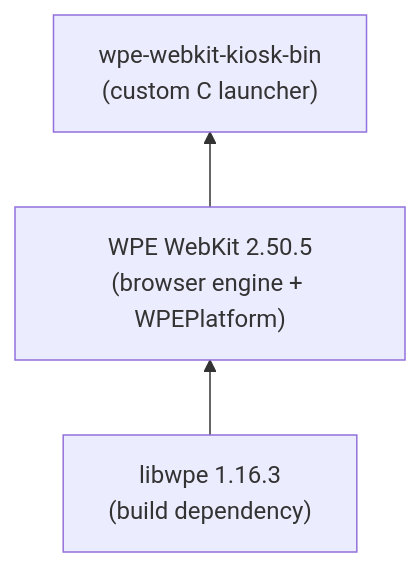
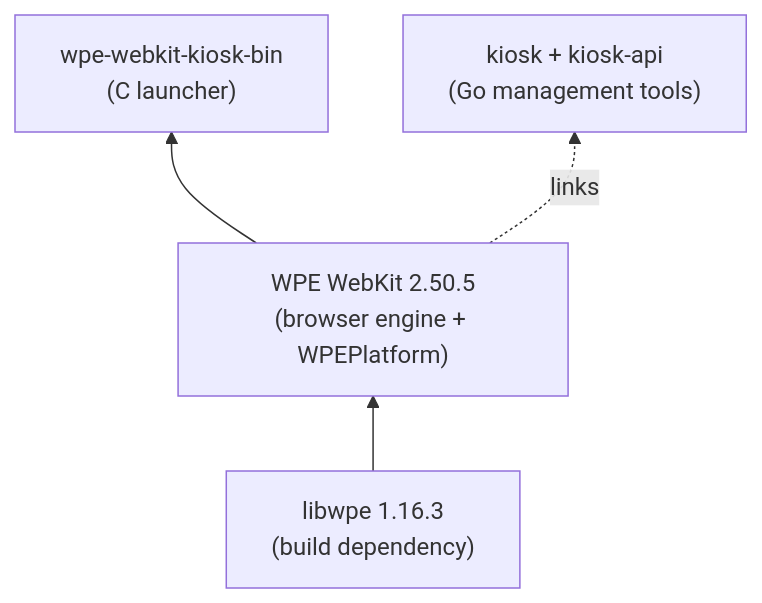
Before and after one commit to tomasz-mizak/wpe-webkit-kiosk: the second of 2 diagrams in README.md, drawn with Mermaid. The commit also changed other lines of this file and 4 other files, not shown here.

Commit message:
docs: rewrite README with TUI screenshots and updated architecture

````diff
--- a/README.md
+++ b/README.md
@@ -83,8 +92,10 @@
 ```mermaid
 flowchart BT
     libwpe["libwpe 1.16.3\n(build dependency)"]
     webkit["WPE WebKit 2.50.5\n(browser engine + WPEPlatform)"]
-    launcher["wpe-webkit-kiosk-bin\n(custom C launcher)"]
+    launcher["wpe-webkit-kiosk-bin\n(C launcher)"]
+    cli["kiosk + kiosk-api\n(Go management tools)"]
 
     libwpe --> webkit --> launcher
+    webkit -.->|"links"| cli
 ```
````
